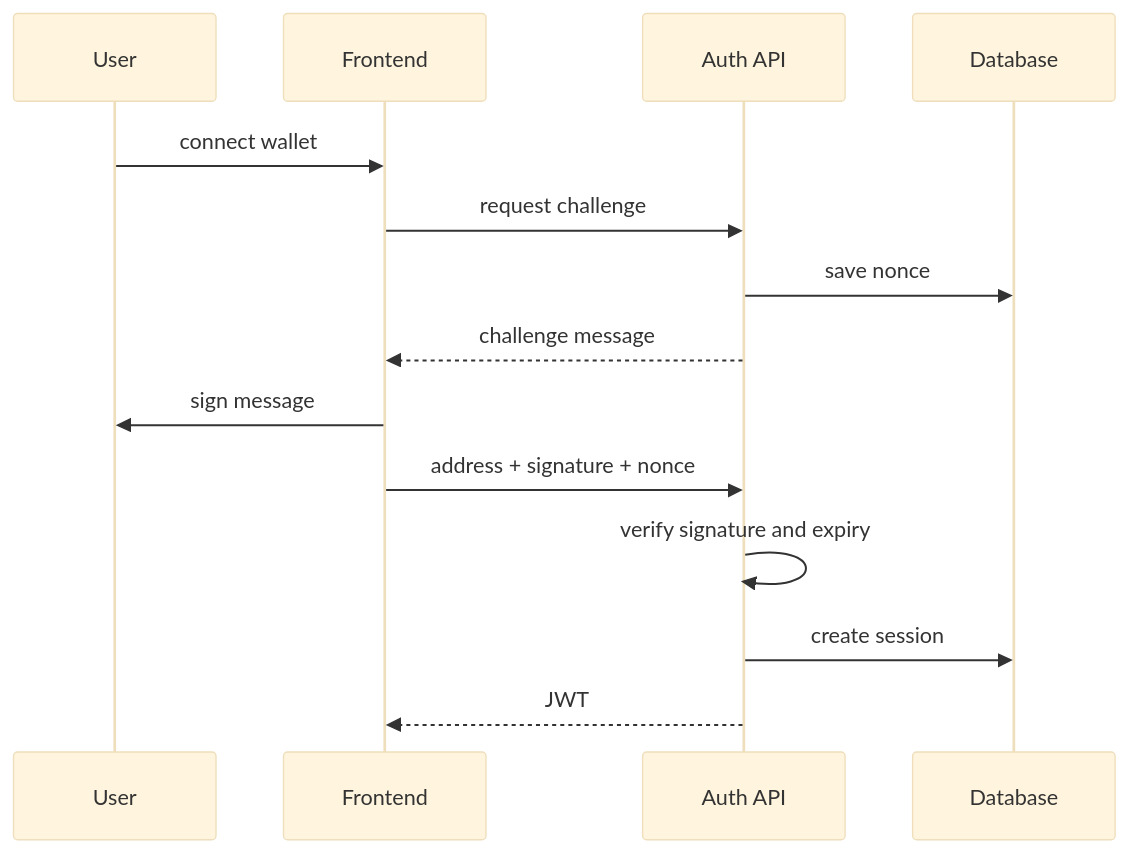
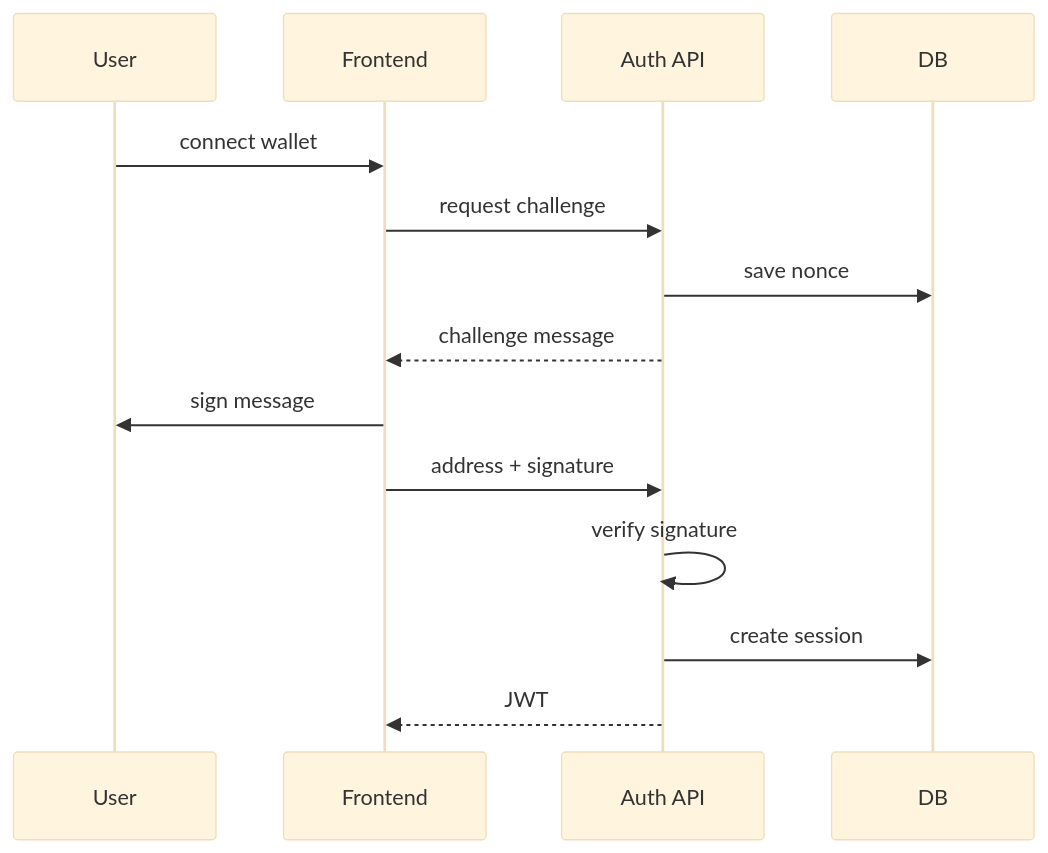
Before and after one commit to AboAuther/RGPerp: the second of 6 diagrams in Architecture.md, drawn with Mermaid (base theme). The commit also changed other lines of this file and 18 other files, not shown here.

````diff
--- a/Architecture.md
+++ b/Architecture.md
@@ -280,17 +196,17 @@
 ```mermaid
 sequenceDiagram
     participant U as User
     participant FE as Frontend
     participant API as Auth API
-    participant DB as Database
+    participant DB as DB
 
     U->>FE: connect wallet
     FE->>API: request challenge
     API->>DB: save nonce
     API-->>FE: challenge message
     FE->>U: sign message
-    FE->>API: address + signature + nonce
-    API->>API: verify signature and expiry
+    FE->>API: address + signature
+    API->>API: verify signature
     API->>DB: create session
     API-->>FE: JWT
 ```
````
